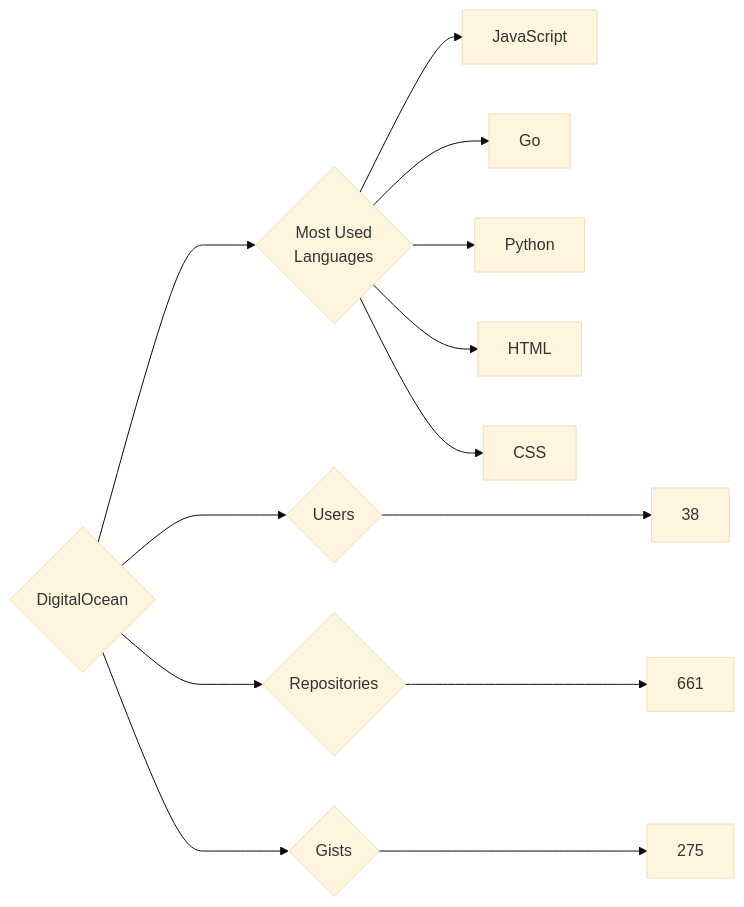
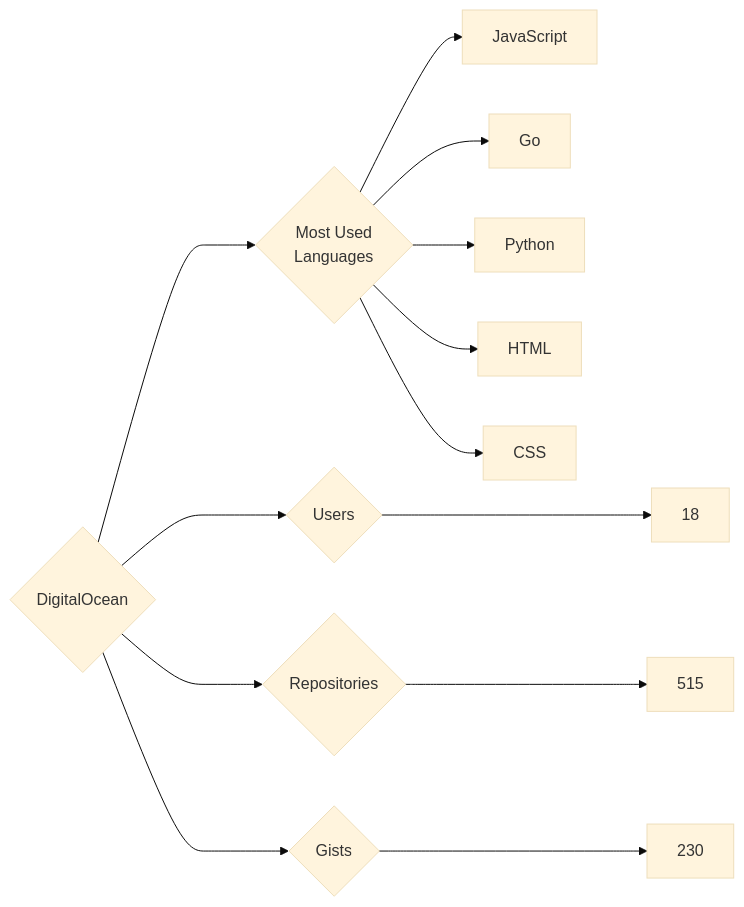
Before and after one commit to trickest/insiders: the diagram in targets/DigitalOcean/README.md, drawn with Mermaid (base theme). The commit also changed 944 other files, not shown here.

````diff
--- a/targets/DigitalOcean/README.md
+++ b/targets/DigitalOcean/README.md
@@ -3,13 +3,13 @@
 ```mermaid
 graph LR
 COMPANY_NAME{DigitalOcean}
-COMPANY_NAME ---> U{Users} ---> UN[38]
-COMPANY_NAME ---> R{Repositories} ---> RN[661]
-COMPANY_NAME ---> G{Gists} ---> GN[275]
+COMPANY_NAME ---> U{Users} ---> UN[18]
+COMPANY_NAME ---> R{Repositories} ---> RN[515]
+COMPANY_NAME ---> G{Gists} ---> GN[230]
 COMPANY_NAME ---> ML{Most Used<br>Languages}
 ML --> JavaScript[JavaScript]
 ML --> Go[Go]
 ML --> Python[Python]
 ML --> HTML[HTML]
 ML --> CSS[CSS]
 ```
````
